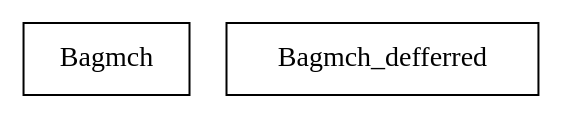
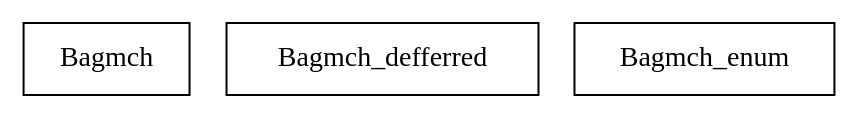
The diagram in Test_scenarios/bdp/Test_scenarios.dot (agata-borkowska-clark/dissertation), drawn with Graphviz before and after one commit. The commit also changed 31 other files, not shown here.

```diff
--- a/Test_scenarios/bdp/Test_scenarios.dot
+++ b/Test_scenarios/bdp/Test_scenarios.dot
@@ -1,5 +1,6 @@
 digraph {
 Bagmch [ label=" Bagmch " shape= box ]
 Bagmch_defferred [ label=" Bagmch_defferred " shape= box ]
+Bagmch_enum [ label=" Bagmch_enum " shape= box ]
 
 }
```
